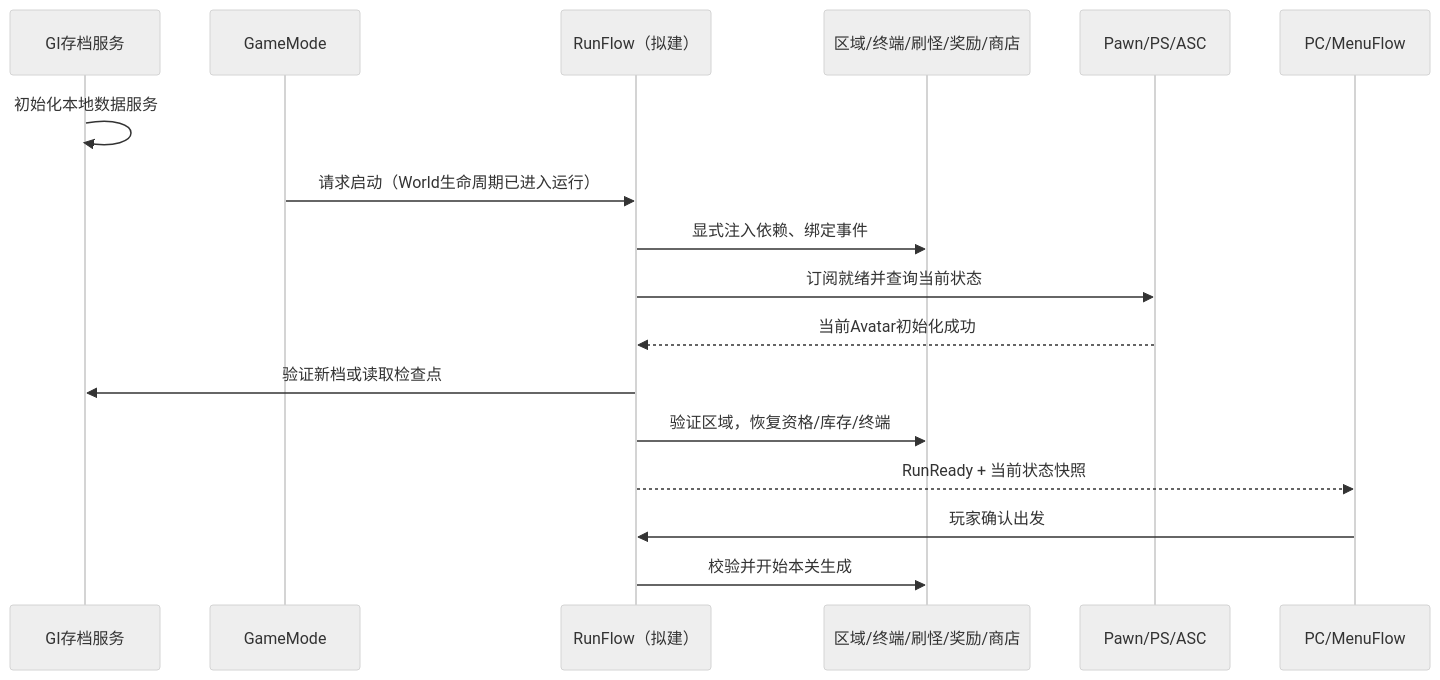
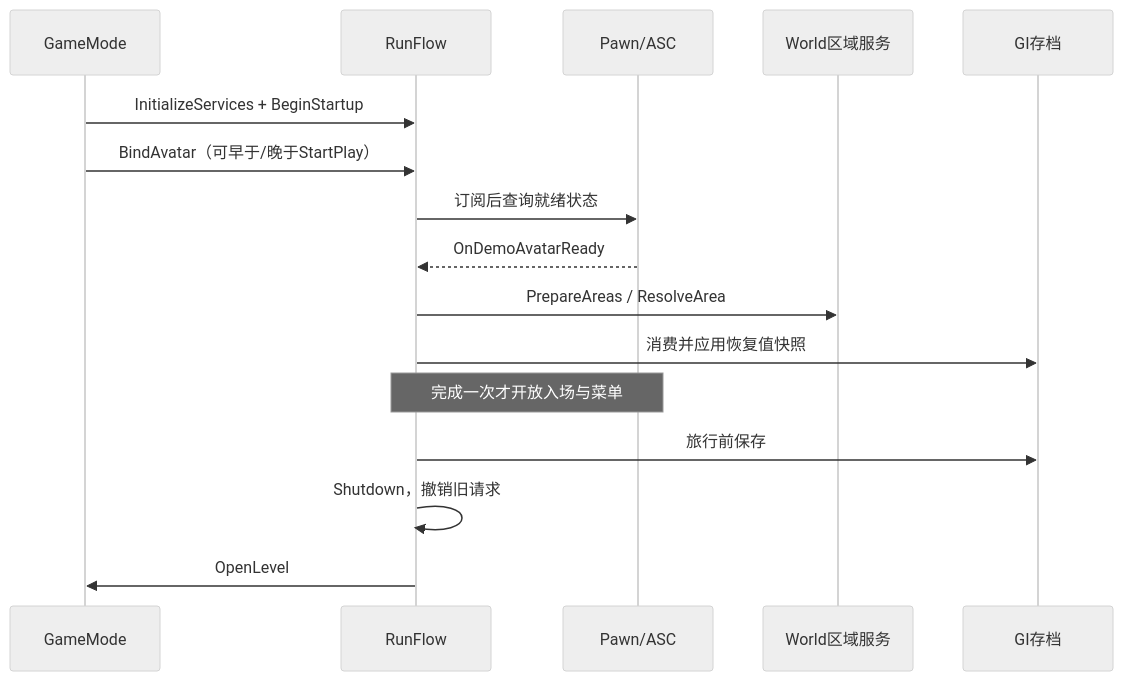
The first of 2 diagrams in Documentation/系统组件与职责划分.md (hachisamurai/FPSDemo), drawn with Mermaid (neutral theme) before and after one commit. The commit also changed other lines of this file and 319 other files, not shown here.

````diff
--- a/Documentation/系统组件与职责划分.md
+++ b/Documentation/系统组件与职责划分.md
@@ -176,19 +43,18 @@
 ```mermaid
 sequenceDiagram
-  participant GI as GI存档服务
   participant GM as GameMode
-  participant Flow as RunFlow（拟建）
-  participant Parts as 区域/终端/刷怪/奖励/商店
-  participant Pawn as Pawn/PS/ASC
-  participant UI as PC/MenuFlow
-  GI->>GI: 初始化本地数据服务
-  GM->>Flow: 请求启动（World生命周期已进入运行）
-  Flow->>Parts: 显式注入依赖、绑定事件
-  Flow->>Pawn: 订阅就绪并查询当前状态
-  Pawn-->>Flow: 当前Avatar初始化成功
-  Flow->>GI: 验证新档或读取检查点
-  Flow->>Parts: 验证区域，恢复资格/库存/终端
-  Flow-->>UI: RunReady + 当前状态快照
-  UI->>Flow: 玩家确认出发
-  Flow->>Parts: 校验并开始本关生成
+  participant Flow as RunFlow
+  participant Pawn as Pawn/ASC
+  participant Area as World区域服务
+  participant Saves as GI存档
+  GM->>Flow: InitializeServices + BeginStartup
+  GM->>Flow: BindAvatar（可早于/晚于StartPlay）
+  Flow->>Pawn: 订阅后查询就绪状态
+  Pawn-->>Flow: OnDemoAvatarReady
+  Flow->>Area: PrepareAreas / ResolveArea
+  Flow->>Saves: 消费并应用恢复值快照
+  Note over Flow,Pawn: 完成一次才开放入场与菜单
+  Flow->>Saves: 旅行前保存
+  Flow->>Flow: Shutdown，撤销旧请求
+  Flow->>GM: OpenLevel
 ```
````
